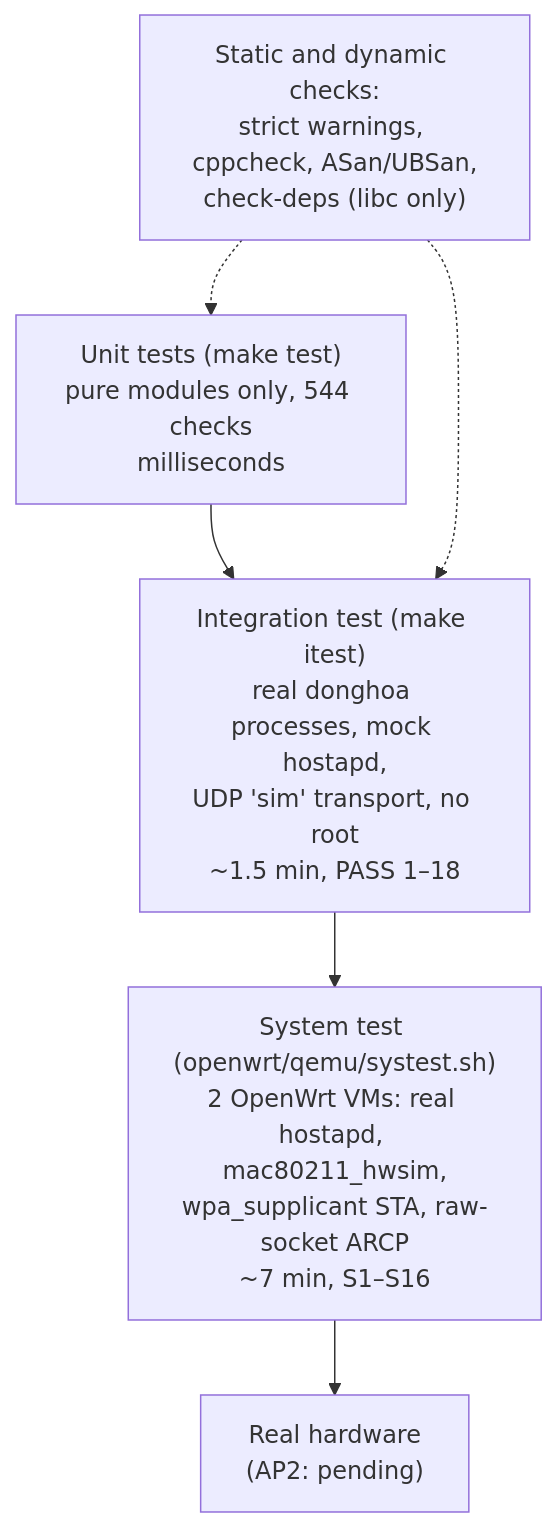
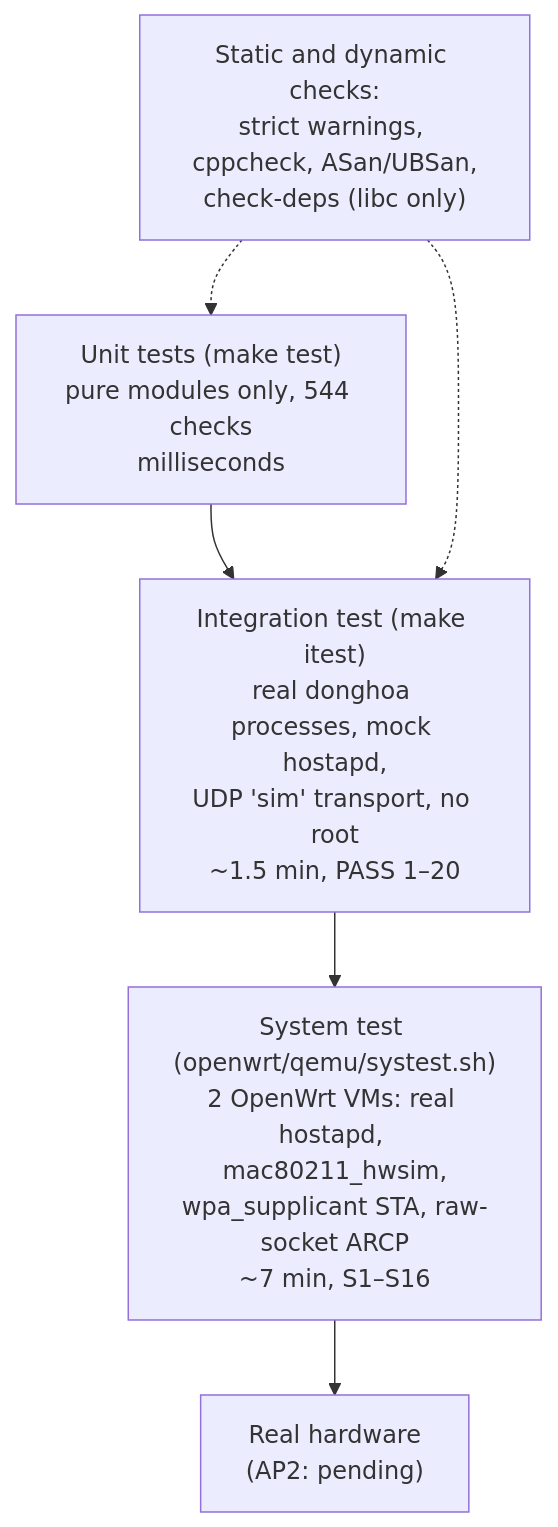
Before and after one commit to ducndc/DongHoa: the diagram in docs/features/14-verification.md, drawn with Mermaid. The commit also changed other lines of this file and 15 other files, not shown here.

````diff
--- a/docs/features/14-verification.md
+++ b/docs/features/14-verification.md
@@ -9,8 +9,8 @@
 ```mermaid
 flowchart TB
-    U["Unit tests (make test)<br/>pure modules only, 544 checks<br/>milliseconds"] --> I["Integration test (make itest)<br/>real donghoa processes, mock hostapd,<br/>UDP 'sim' transport, no root<br/>~1.5 min, PASS 1–18"]
+    U["Unit tests (make test)<br/>pure modules only, 544 checks<br/>milliseconds"] --> I["Integration test (make itest)<br/>real donghoa processes, mock hostapd,<br/>UDP 'sim' transport, no root<br/>~1.5 min, PASS 1–20"]
     I --> Q["System test (openwrt/qemu/systest.sh)<br/>2 OpenWrt VMs: real hostapd, mac80211_hwsim,<br/>wpa_supplicant STA, raw-socket ARCP<br/>~7 min, S1–S16"]
     Q --> H["Real hardware<br/>(AP2: pending)"]
     S["Static and dynamic checks:<br/>strict warnings, cppcheck, ASan/UBSan,<br/>check-deps (libc only)"] -.-> U
     S -.-> I
 ```
````
